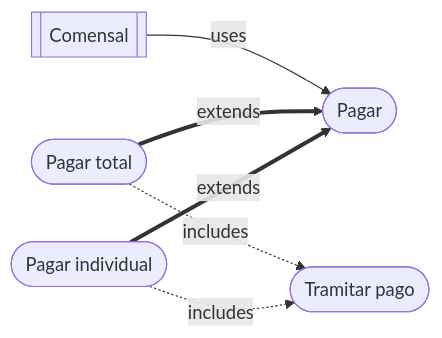
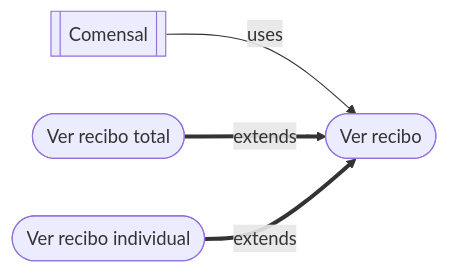
One commit to pabenito/QRest changed the seventh of 8 diagrams in documentacion/requisitos/casos_de_uso.md. Above: the diagram before and after it, drawn with Mermaid. The commit also changed other lines of this file, not shown here.

````diff
--- a/documentacion/requisitos/casos_de_uso.md
+++ b/documentacion/requisitos/casos_de_uso.md
@@ -202,11 +354,9 @@
 ```mermaid
 flowchart LR
   comensal[[Comensal]]
-      pagar([Pagar])
-        pagar_total([Pagar total])
-        pagar_individual([Pagar individual])
-        tramitar_pago([Tramitar pago])
-  comensal --uses--> pagar
-  pagar_total & pagar_individual ==extends==> pagar
-  pagar_total & pagar_individual -.includes.-> tramitar_pago
+  ver_recibo([Ver recibo])
+  ver_recibo_total([Ver recibo total])
+  ver_recibo_individual([Ver recibo individual])
+  comensal --uses--> ver_recibo
+  ver_recibo_total & ver_recibo_individual ==extends==> ver_recibo
 ```
````
